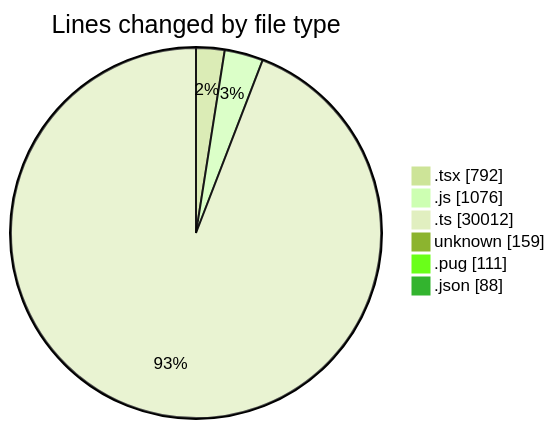
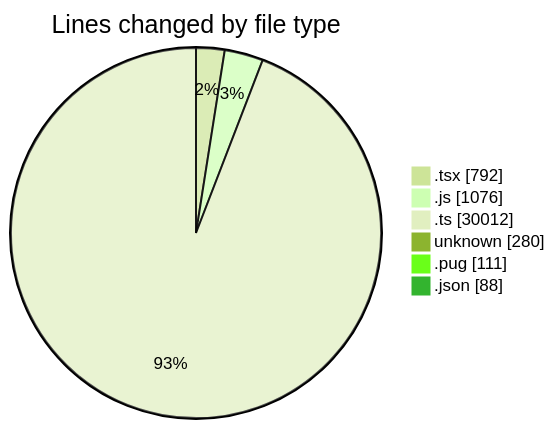
One commit to momahboobian/code-tracking changed the first of 2 diagrams in 2026-06-03/cda/README.md. Above: the diagram before and after it, drawn with Mermaid (forest theme). The commit also changed other lines of this file and 1 other file, not shown here.

````diff
--- a/2026-06-03/cda/README.md
+++ b/2026-06-03/cda/README.md
@@ -44,10 +44,10 @@
 ```mermaid
 pie showData
 title Lines changed by file type
 ".tsx" : 792
 ".js" : 1076
 ".ts" : 30012
-"unknown" : 159
+"unknown" : 280
 ".pug" : 111
 ".json" : 88
 ```
````
